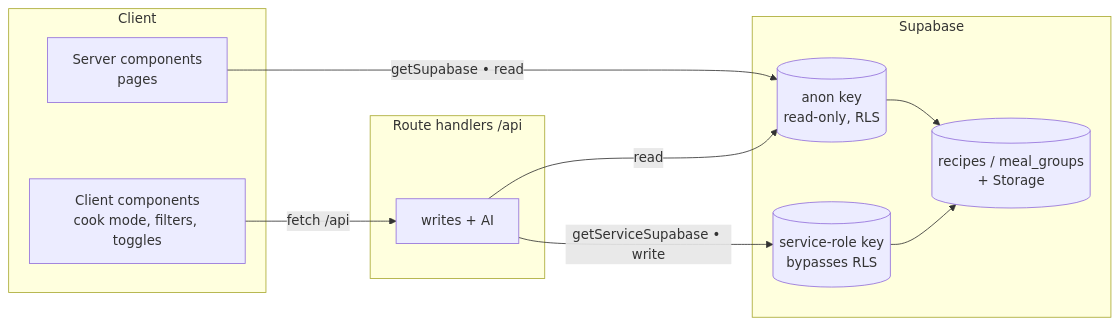
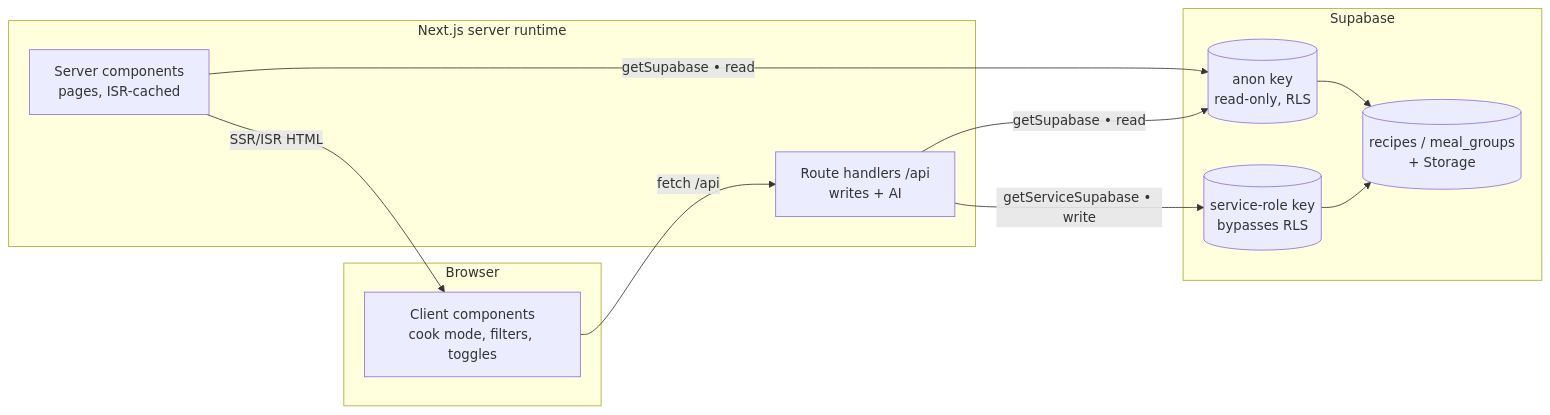
One commit to sandgraal/recipe-app changed the diagram in ARCHITECTURE.md. Above: the diagram before and after it, drawn with Mermaid. The commit also changed other lines of this file, not shown here.

Commit message:
Address Copilot review on ARCHITECTURE.md
- Data-flow diagram: move "Server components" out of the Client/Browser
  subgraph into a "Next.js server runtime" group alongside the route handlers,
  so the read/write boundary reads correctly (server components render on the
  server); add the SSR/ISR HTML edge to the browser.
- Fix file paths missing the src/lib/ prefix so they point at real files:
  requestBody.ts in the guards paragraph, and convert.ts/time.ts plus the
  auth/safety row in the "Where things live" table.

````diff
--- a/ARCHITECTURE.md
+++ b/ARCHITECTURE.md
@@ -13,22 +13,23 @@
 ```mermaid
 flowchart LR
-  subgraph Client
-    RSC[Server components<br/>pages]
+  subgraph Browser
     CC[Client components<br/>cook mode, filters, toggles]
   end
-  subgraph Server[Route handlers /api]
-    W[writes + AI]
+  subgraph NextServer["Next.js server runtime"]
+    RSC[Server components<br/>pages, ISR-cached]
+    W[Route handlers /api<br/>writes + AI]
   end
   subgraph Supabase
     A[(anon key<br/>read-only, RLS)]
     S[(service-role key<br/>bypasses RLS)]
     DB[(recipes / meal_groups<br/>+ Storage)]
   end
 
+  RSC -->|SSR/ISR HTML| CC
+  CC -->|fetch /api| W
   RSC -->|getSupabase • read| A
-  CC -->|fetch /api| W
   W -->|getServiceSupabase • write| S
-  W -->|read| A
+  W -->|getSupabase • read| A
   A --> DB
   S --> DB
 ```
````
